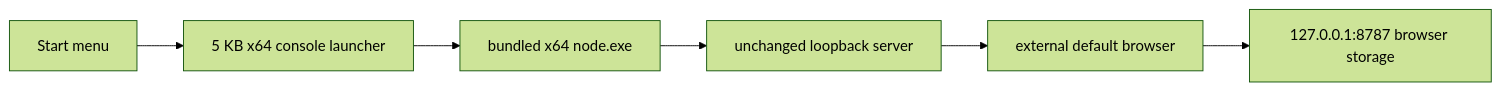
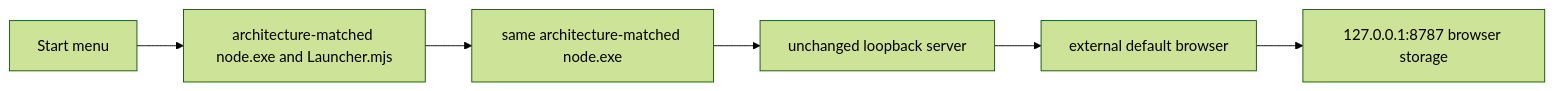
One commit to raymond-nassar/recap-page changed the diagram in docs/MICROSOFT_STORE.md. Above: the diagram before and after it, drawn with Mermaid (forest theme). The commit also changed other lines of this file and 18 other files, not shown here.

````diff
--- a/docs/MICROSOFT_STORE.md
+++ b/docs/MICROSOFT_STORE.md
@@ -72,8 +97,8 @@
 ```mermaid
 flowchart LR
-  Start["Start menu"] --> Shim["5 KB x64 console launcher"]
-  Shim --> Node["bundled x64 node.exe"]
+  Start["Start menu"] --> Launcher["architecture-matched node.exe and Launcher.mjs"]
+  Launcher --> Node["same architecture-matched node.exe"]
   Node --> Server["unchanged loopback server"]
   Server --> Browser["external default browser"]
   Browser --> Origin["127.0.0.1:8787 browser storage"]
 ```
````
